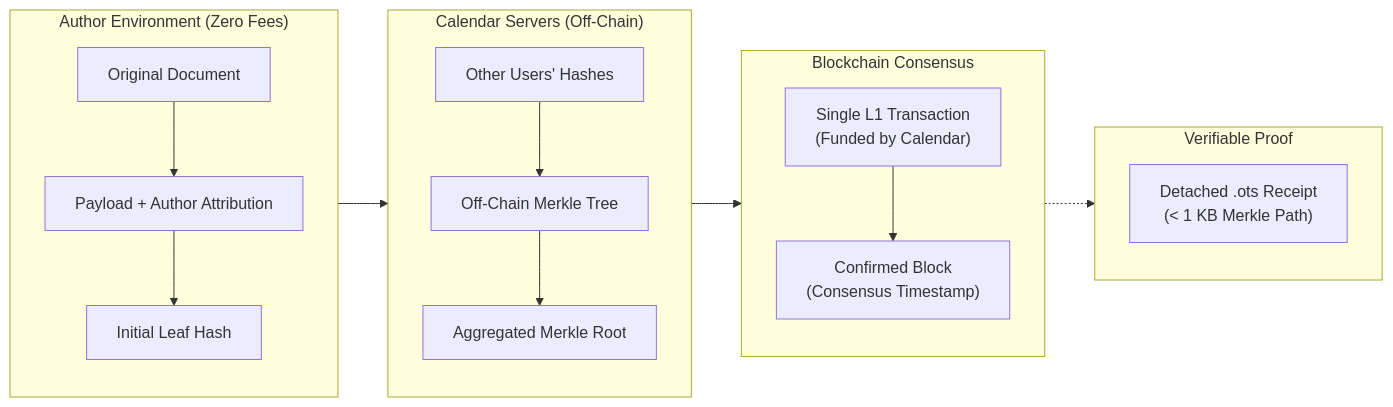
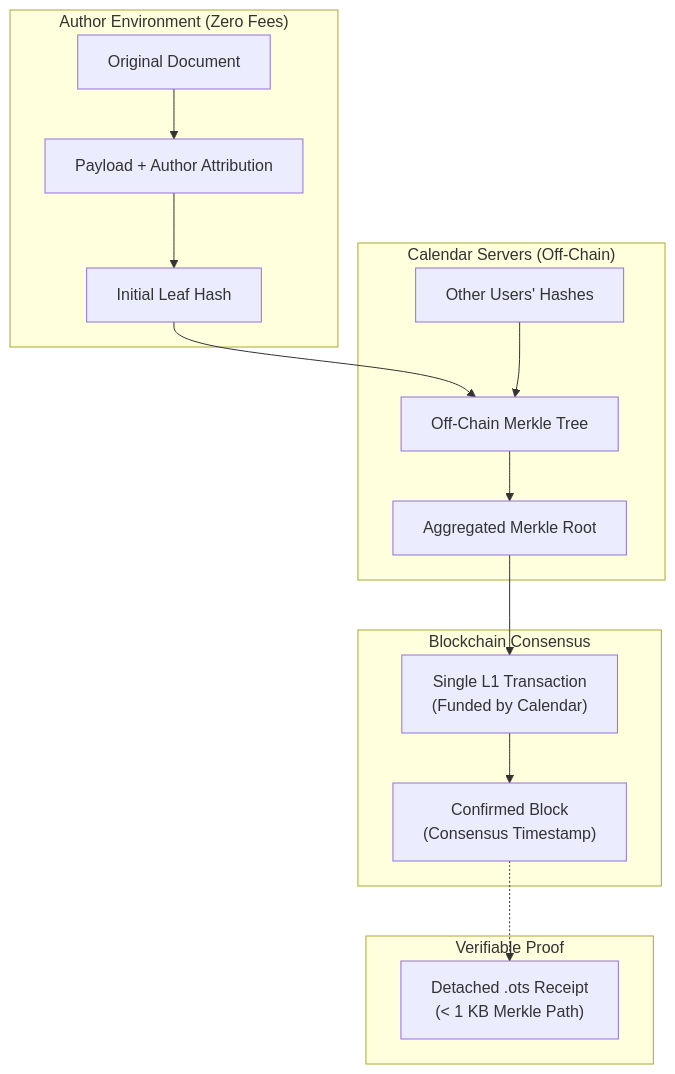
One commit to gfilardo/gf-notebook changed the second of 2 diagrams in content/posts/decentr-timestamps-proving-existence-and-authorship.md. Above: the diagram before and after it, drawn with Mermaid. The commit also changed other lines of this file and 2 other files, not shown here.

Commit message:
update decentr timestamps pt1 - with proof

````diff
--- a/content/posts/decentr-timestamps-proving-existence-and-authorship.md
+++ b/content/posts/decentr-timestamps-proving-existence-and-authorship.md
@@ -88,26 +88,22 @@
 ```mermaid#narrow The OpenTimestamps model: off-chain Merkle aggregation anchored to a public blockchain.
-flowchart LR
+flowchart TD
     subgraph LOCAL["Author Environment (Zero Fees)"]
-        direction TB
         DOC["Original Document"] --> BUNDLE["Payload + Author Attribution"]
         BUNDLE --> HASH["Initial Leaf Hash"]
     end
 
     subgraph CALENDAR["Calendar Servers (Off-Chain)"]
-        direction TB
         HASH --> TREE["Off-Chain Merkle Tree"]
         OTHERS["Other Users' Hashes"] --> TREE
         TREE --> ROOT["Aggregated Merkle Root"]
     end
 
     subgraph CHAIN["Blockchain Consensus"]
-        direction TB
         ROOT --> TX["Single L1 Transaction<br/>(Funded by Calendar)"]
         TX --> BLOCK["Confirmed Block<br/>(Consensus Timestamp)"]
     end
 
     subgraph PROOF["Verifiable Proof"]
-        direction TB
         BLOCK -.-> RECEIPT["Detached .ots Receipt<br/>(< 1 KB Merkle Path)"]
     end
 ```
````
